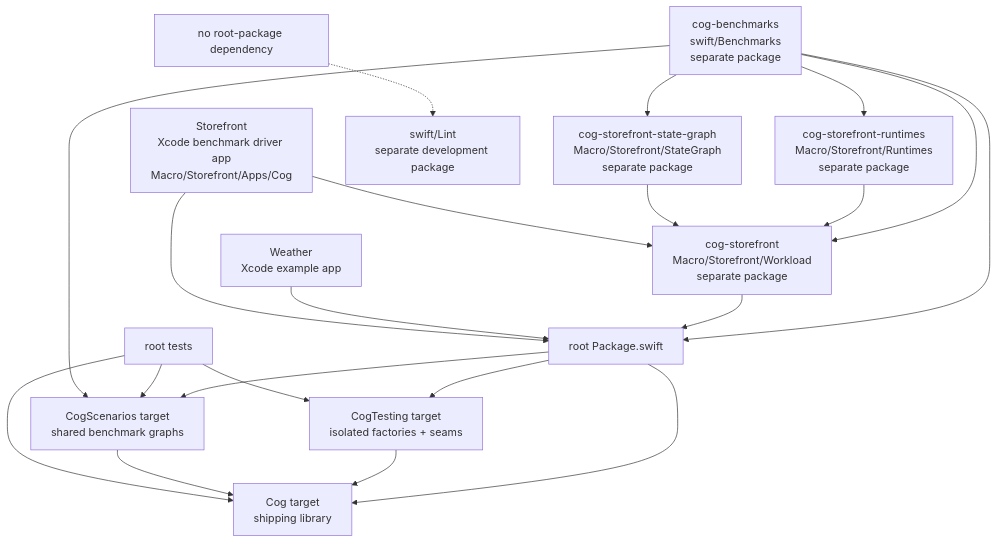
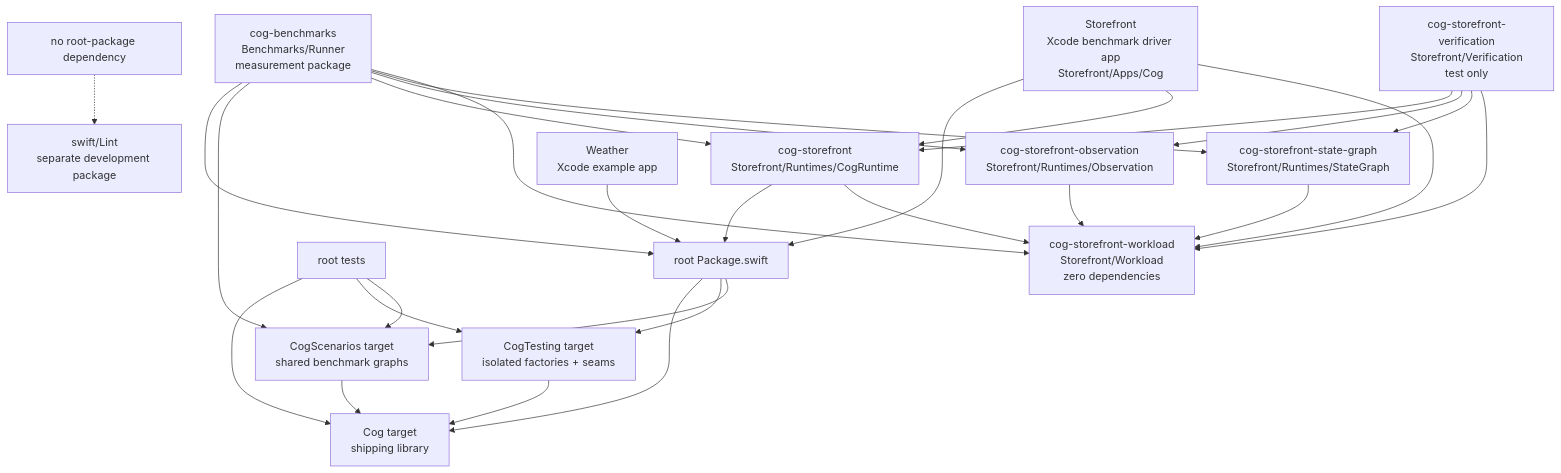
The diagram in docs/swift/impl/architecture/codebase-tour.md (skeswa/cog), drawn with Mermaid before and after one commit. The commit also changed other lines of this file and 183 other files, not shown here.

Commit message:
refactor(bench): clarify benchmark package layout

````diff
--- a/docs/swift/impl/architecture/codebase-tour.md
+++ b/docs/swift/impl/architecture/codebase-tour.md
@@ -16,33 +16,42 @@
 ```mermaid
 flowchart TB
   root["root Package.swift"]
   cog["Cog target<br/>shipping library"]
   testing["CogTesting target<br/>isolated factories + seams"]
   scenarios["CogScenarios target<br/>shared benchmark graphs"]
   tests["root tests"]
-  benches["cog-benchmarks<br/>swift/Benchmarks<br/>separate package"]
-  storefront["cog-storefront<br/>Macro/Storefront/Workload<br/>separate package"]
-  runtimes["cog-storefront-runtimes<br/>Macro/Storefront/Runtimes<br/>separate package"]
-  stategraph["cog-storefront-state-graph<br/>Macro/Storefront/StateGraph<br/>separate package"]
+  benches["cog-benchmarks<br/>Benchmarks/Runner<br/>measurement package"]
+  workload["cog-storefront-workload<br/>Storefront/Workload<br/>zero dependencies"]
+  storefront["cog-storefront<br/>Storefront/Runtimes/CogRuntime"]
+  observation["cog-storefront-observation<br/>Storefront/Runtimes/Observation"]
+  stategraph["cog-storefront-state-graph<br/>Storefront/Runtimes/StateGraph"]
+  verification["cog-storefront-verification<br/>Storefront/Verification<br/>test only"]
   lint["swift/Lint<br/>separate development package"]
   weather["Weather<br/>Xcode example app"]
-  storefrontApp["Storefront<br/>Xcode benchmark driver app<br/>Macro/Storefront/Apps/Cog"]
+  storefrontApp["Storefront<br/>Xcode benchmark driver app<br/>Storefront/Apps/Cog"]
   root --> cog
   root --> testing --> cog
   root --> scenarios --> cog
   tests --> cog
   tests --> testing
   tests --> scenarios
   benches --> root
   benches --> scenarios
   benches --> storefront
-  benches --> runtimes
+  benches --> observation
   benches --> stategraph
+  benches --> workload
   storefront --> root
-  runtimes --> storefront
-  stategraph --> storefront
+  storefront --> workload
+  observation --> workload
+  stategraph --> workload
+  verification --> storefront
+  verification --> observation
+  verification --> stategraph
+  verification --> workload
   weather --> root
   storefrontApp --> root
   storefrontApp --> storefront
+  storefrontApp --> workload
   lintNote["no root-package dependency"] -.-> lint
 ```
````
